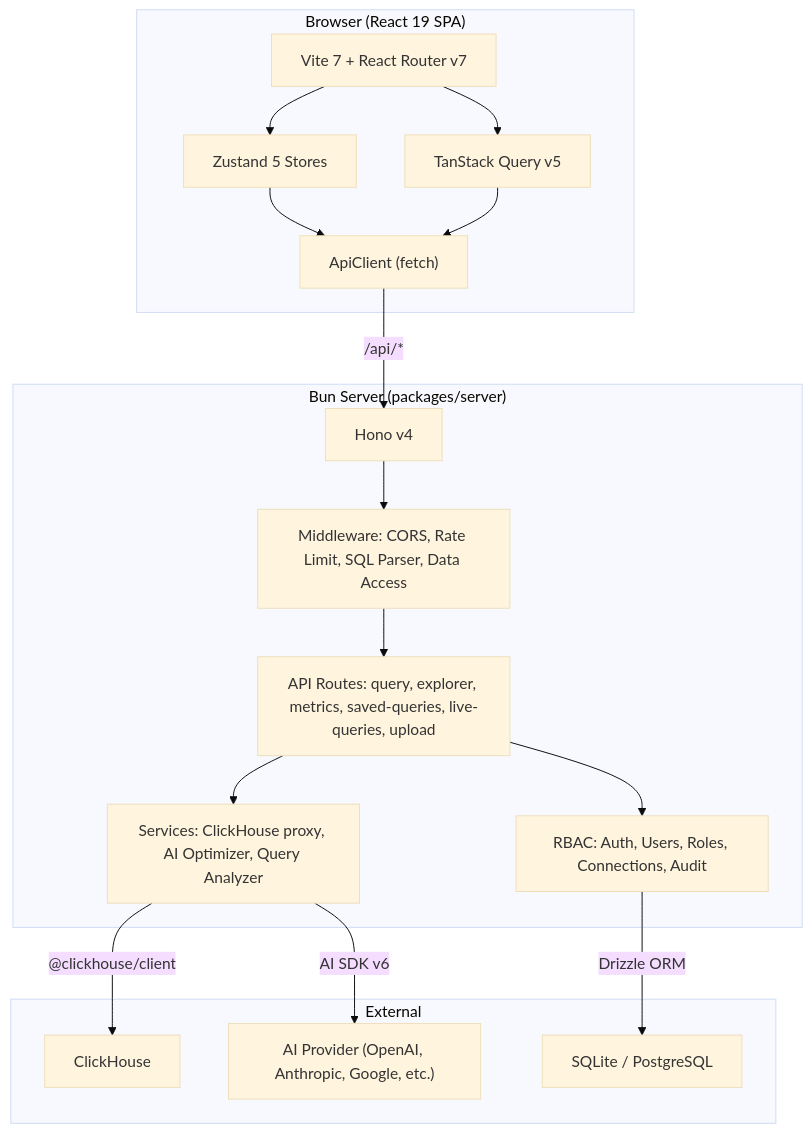
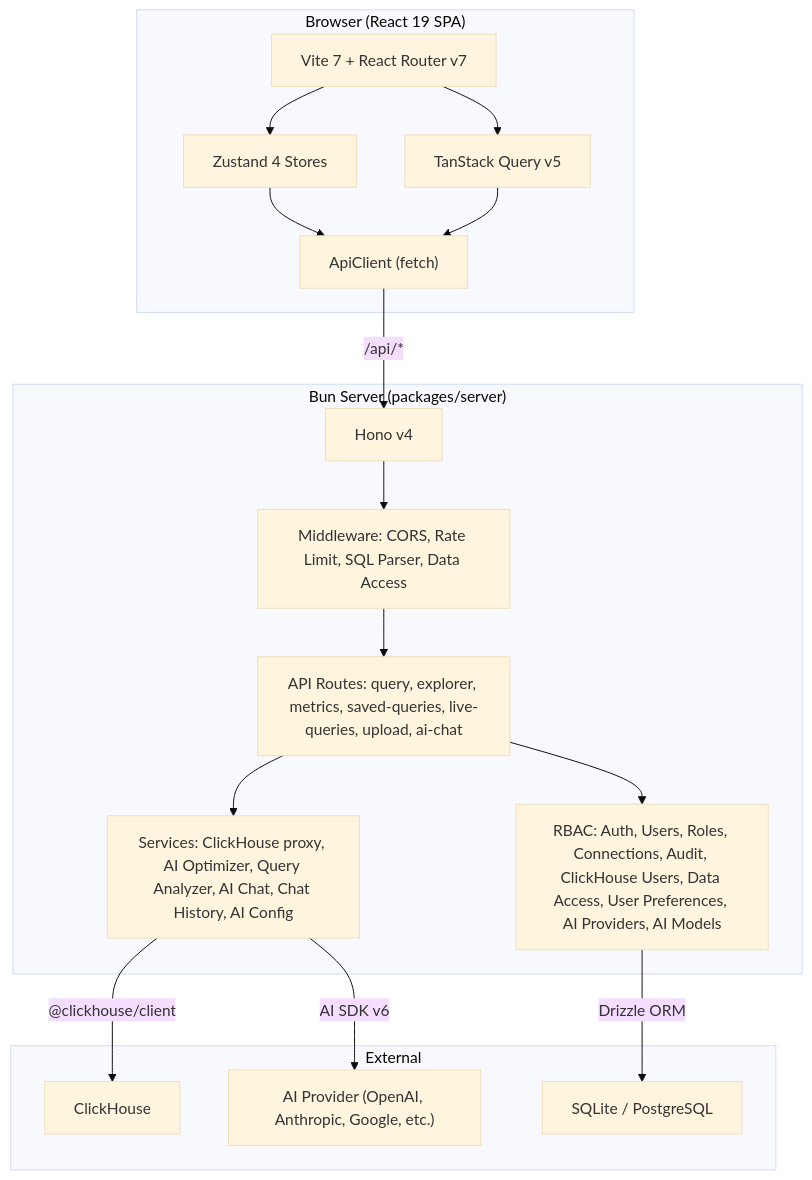
The diagram in README.md (daun-gatal/chouse-ui), drawn with Mermaid (base theme) before and after one commit. The commit also changed 1 other file, not shown here.

````diff
--- a/README.md
+++ b/README.md
@@ -347,32 +347,32 @@
 ```mermaid
 graph TB
     subgraph Browser["Browser (React 19 SPA)"]
         UI["Vite 7 + React Router v7"]
-        Stores["Zustand 5 Stores"]
+        Stores["Zustand 4 Stores"]
         RQ["TanStack Query v5"]
         ApiClient["ApiClient (fetch)"]
     end
 
     subgraph Server["Bun Server (packages/server)"]
         Hono["Hono v4"]
         MW["Middleware: CORS, Rate Limit, SQL Parser, Data Access"]
-        Routes["API Routes: query, explorer, metrics, saved-queries, live-queries, upload"]
-        Services["Services: ClickHouse proxy, AI Optimizer, Query Analyzer"]
-        RBAC["RBAC: Auth, Users, Roles, Connections, Audit"]
+        Routes["API Routes: query, explorer, metrics, saved-queries, live-queries, upload, ai-chat"]
+        Services["Services: ClickHouse proxy, AI Optimizer, Query Analyzer, AI Chat, Chat History, AI Config"]
+        RBAC["RBAC: Auth, Users, Roles, Connections, Audit, ClickHouse Users, Data Access, User Preferences, AI Providers, AI Models"]
     end
 
     subgraph External["External"]
         CH["ClickHouse"]
         AI["AI Provider (OpenAI, Anthropic, Google, etc.)"]
         DB["SQLite / PostgreSQL"]
     end
 
     UI --> Stores --> ApiClient
     UI --> RQ --> ApiClient
     ApiClient -->|"/api/*"| Hono
     Hono --> MW --> Routes --> Services
     Routes --> RBAC
     Services -->|"@clickhouse/client"| CH
     Services -->|"AI SDK v6"| AI
     RBAC -->|"Drizzle ORM"| DB
 ```
````
